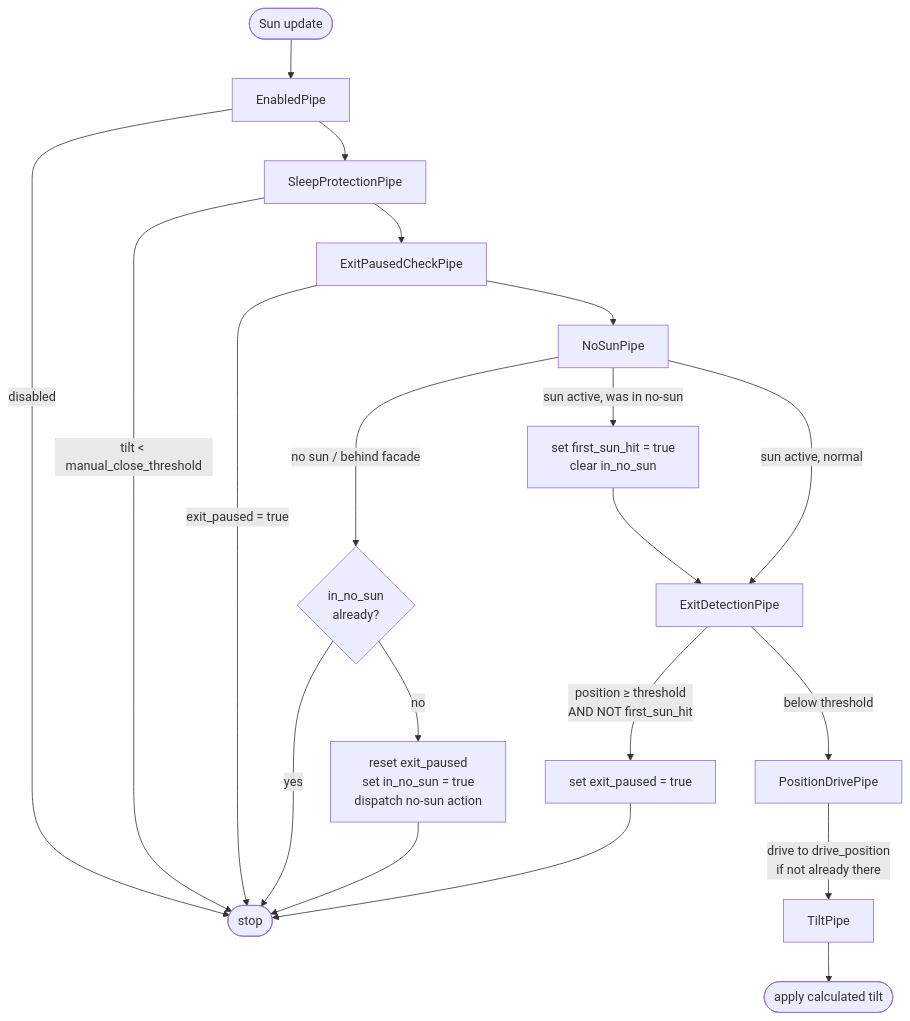
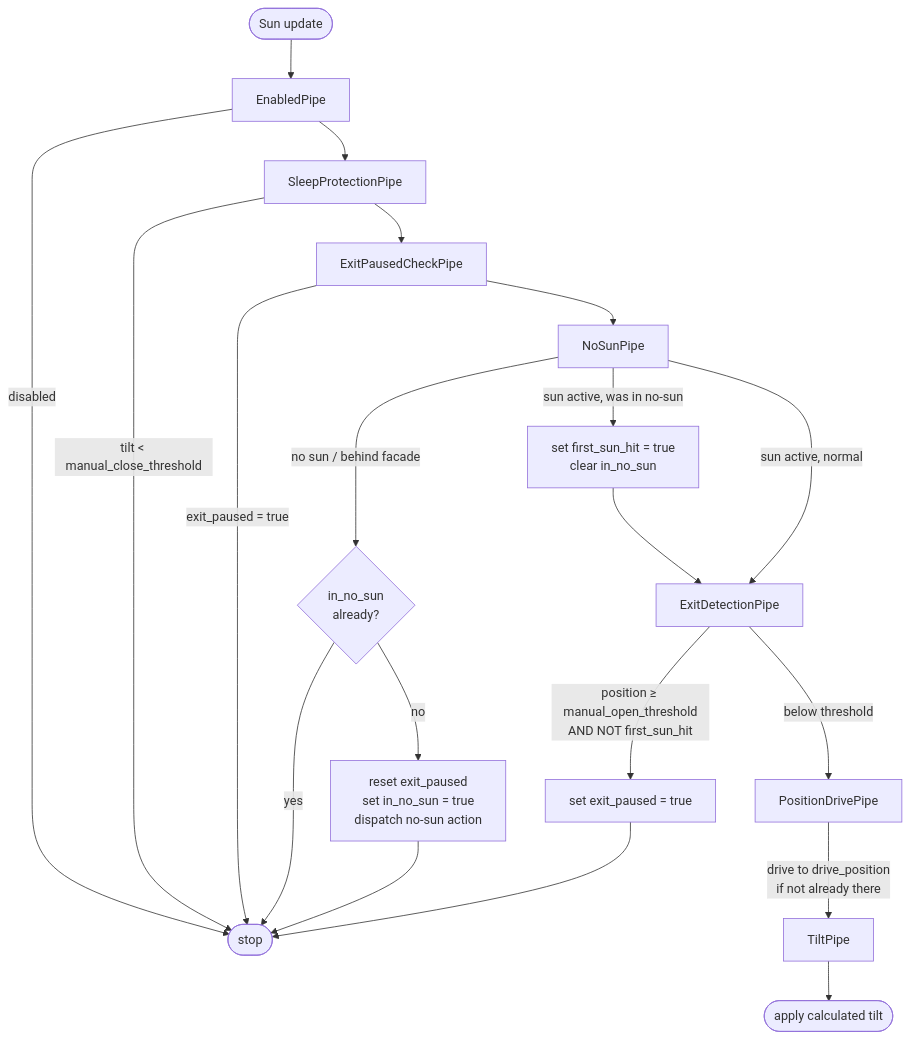
The diagram in docs/development/ARCHITECTURE.md (herpaderpaldent/ha-smart-venetian-blinds), drawn with Mermaid before and after one commit.

Commit message:
docs: clarify threshold in pipeline diagram
Label now reads 'manual_open_threshold' instead of the ambiguous 'threshold'.

````diff
--- a/docs/development/ARCHITECTURE.md
+++ b/docs/development/ARCHITECTURE.md
@@ -123,24 +123,24 @@
 ```mermaid
 flowchart TD
     A([Sun update]) --> B[EnabledPipe]
     B -->|disabled| Z([stop])
     B --> C[SleepProtectionPipe]
     C -->|tilt &lt; manual_close_threshold| Z
     C --> D[ExitPausedCheckPipe]
     D -->|exit_paused = true| Z
     D --> E[NoSunPipe]
 
     E -->|sun active, was in no-sun| E1["set first_sun_hit = true<br/>clear in_no_sun"]
     E1 --> F
     E -->|sun active, normal| F[ExitDetectionPipe]
     E -->|no sun / behind facade| E2{"in_no_sun<br/>already?"}
     E2 -->|yes| Z
     E2 -->|no| E3["reset exit_paused<br/>set in_no_sun = true<br/>dispatch no-sun action"]
     E3 --> Z
 
-    F -->|"position ≥ threshold<br/>AND NOT first_sun_hit"| F1[set exit_paused = true]
+    F -->|"position ≥ manual_open_threshold<br/>AND NOT first_sun_hit"| F1[set exit_paused = true]
     F1 --> Z
     F -->|below threshold| G[PositionDrivePipe]
     G -->|"drive to drive_position<br/>if not already there"| H[TiltPipe]
     H --> I([apply calculated tilt])
 ```
````
